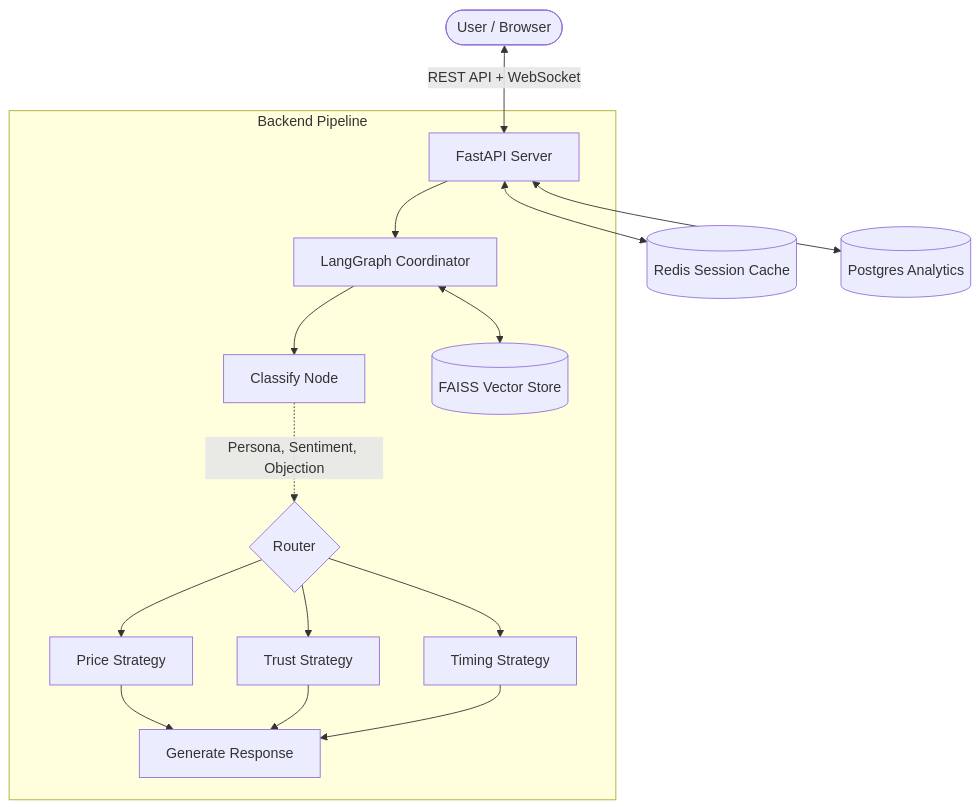
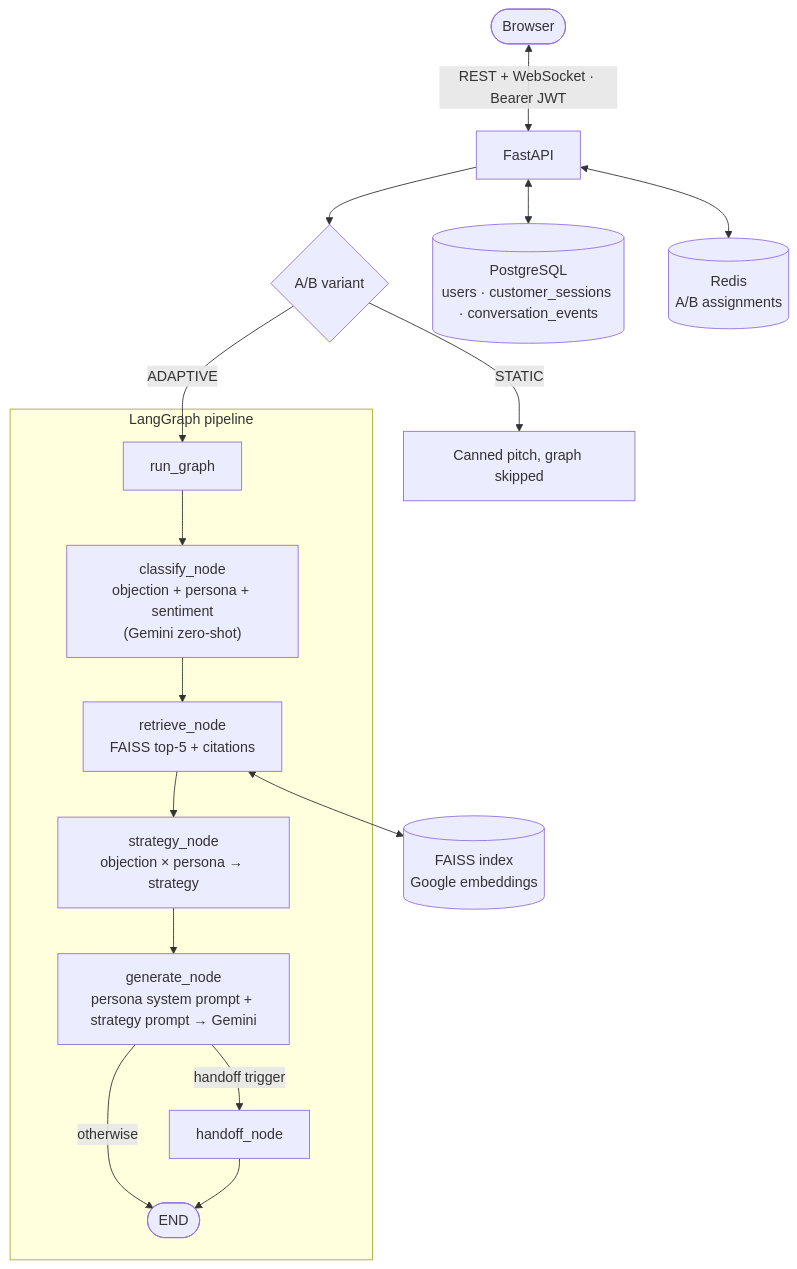
The diagram in README.md (aayush2724/Auralis), drawn with Mermaid before and after one commit. The commit also changed other lines of this file and 23 other files, not shown here.

````diff
--- a/README.md
+++ b/README.md
@@ -129,22 +124,21 @@
 ```mermaid
 graph TD
-    User([User / Browser]) <-->|REST API + WebSocket| API[FastAPI Server]
-    
-    subgraph Backend Pipeline
-        API --> LangGraph[LangGraph Coordinator]
-        
-        LangGraph --> C[Classify Node]
-        C -.->|Persona, Sentiment, Objection| Router{Router}
-        
-        Router --> S1[Price Strategy]
-        Router --> S2[Trust Strategy]
-        Router --> S3[Timing Strategy]
-        
-        LangGraph <--> RAG[(FAISS Vector Store)]
-        
-        S1 & S2 & S3 --> Gen[Generate Response]
+    User([Browser]) <-->|REST + WebSocket · Bearer JWT| API[FastAPI]
+    API --> AB{A/B variant}
+    AB -->|STATIC| Static[Canned pitch, graph skipped]
+    AB -->|ADAPTIVE| G[run_graph]
+
+    subgraph LangGraph pipeline
+        G --> C["classify_node<br/>objection + persona + sentiment<br/>(Gemini zero-shot)"]
+        C --> R["retrieve_node<br/>FAISS top-5 + citations"]
+        R --> S["strategy_node<br/>objection × persona → strategy"]
+        S --> Gen["generate_node<br/>persona system prompt + strategy prompt → Gemini"]
+        Gen -->|handoff trigger| H[handoff_node]
+        Gen -->|otherwise| E([END])
+        H --> E
     end
-    
-    API <--> Cache[(Redis Session Cache)]
-    API <--> DB[(Postgres Analytics)]
+
+    API <--> PG[("PostgreSQL<br/>users · customer_sessions · conversation_events")]
+    API <--> RD[("Redis<br/>A/B assignments")]
+    R <--> FAISS[("FAISS index<br/>Google embeddings")]
 ```
````
